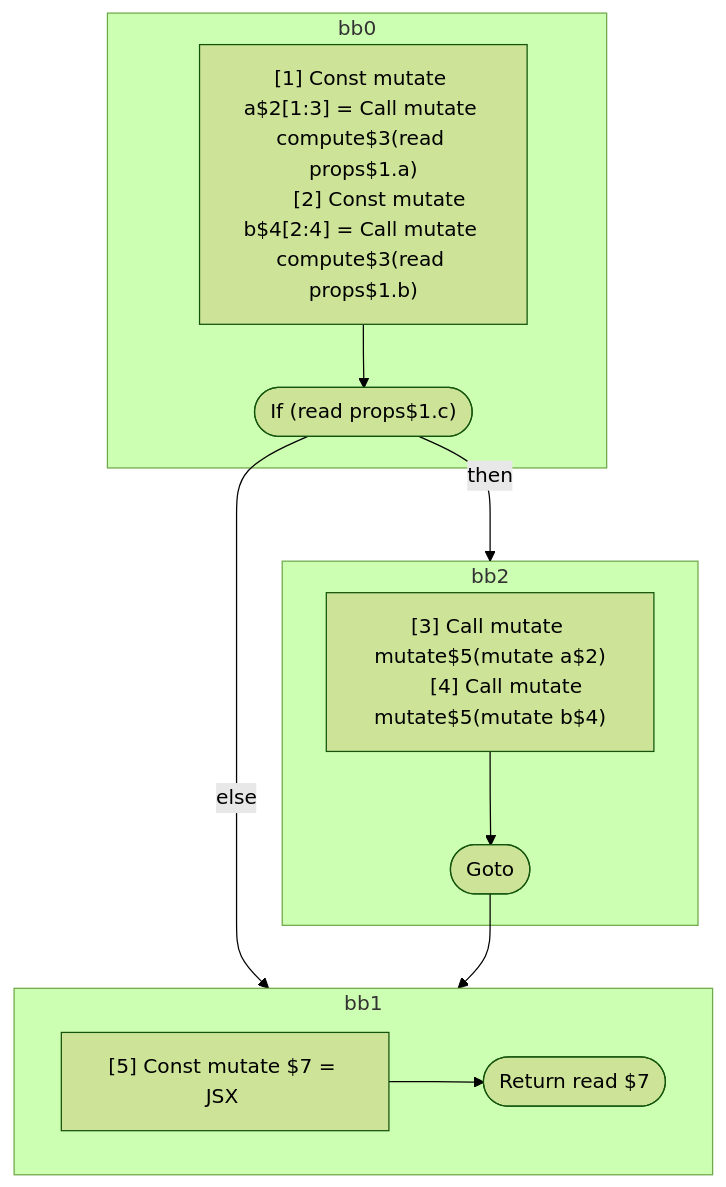
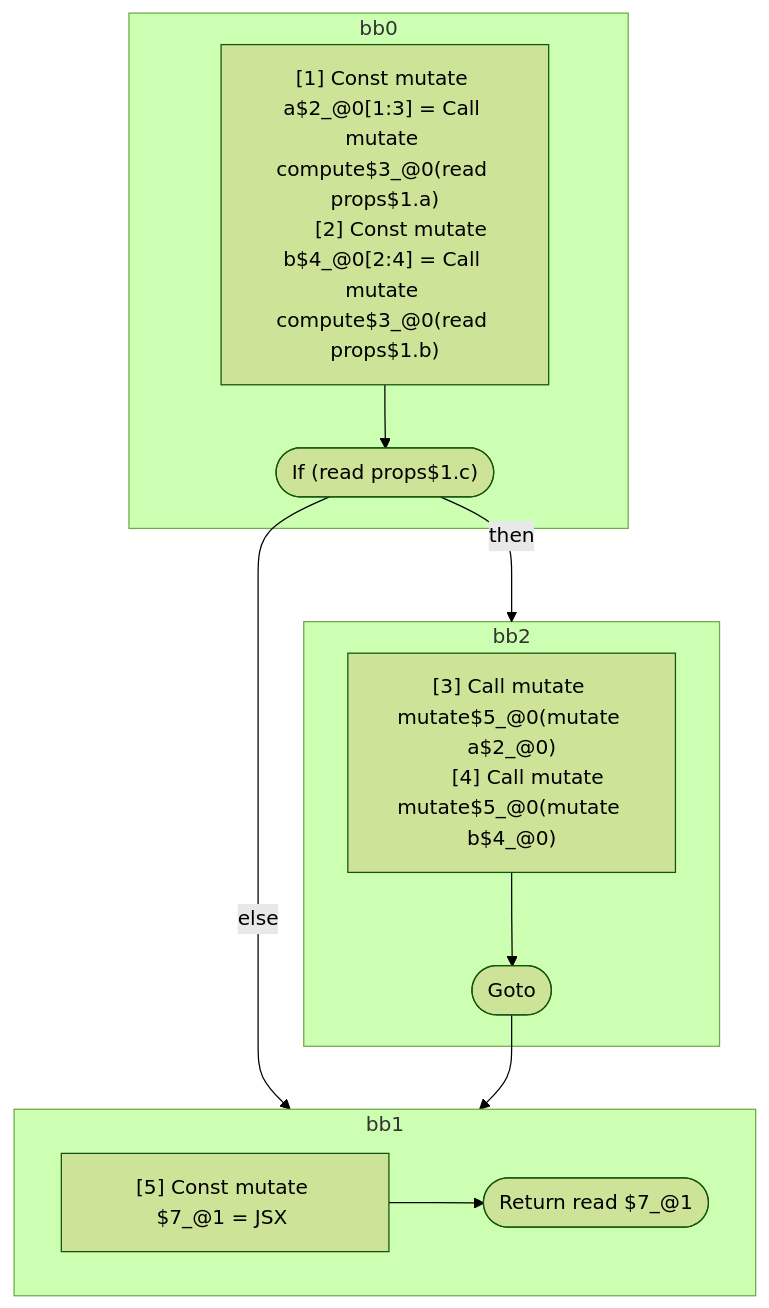
One commit to wutsmog/private changed the fifth of 5 diagrams in compiler/forget/src/__tests__/fixtures/hir/independent-across-if.expect.md. Above: the diagram before and after it, drawn with Mermaid (forest theme). The commit also changed other lines of this file and 60 other files, not shown here.

````diff
--- a/compiler/forget/src/__tests__/fixtures/hir/independent-across-if.expect.md
+++ b/compiler/forget/src/__tests__/fixtures/hir/independent-across-if.expect.md
@@ -168,30 +168,30 @@
 ```mermaid
 flowchart TB
   %% Basic Blocks
   subgraph bb0
     bb0_instrs["
-      [1] Const mutate a$2[1:3] = Call mutate compute$3(read props$1.a)
-      [2] Const mutate b$4[2:4] = Call mutate compute$3(read props$1.b)
+      [1] Const mutate a$2_@0[1:3] = Call mutate compute$3_@0(read props$1.a)
+      [2] Const mutate b$4_@0[2:4] = Call mutate compute$3_@0(read props$1.b)
     "]
     bb0_instrs --> bb0_terminal(["If (read props$1.c)"])
   end
   subgraph bb2
     bb2_instrs["
-      [3] Call mutate mutate$5(mutate a$2)
-      [4] Call mutate mutate$5(mutate b$4)
+      [3] Call mutate mutate$5_@0(mutate a$2_@0)
+      [4] Call mutate mutate$5_@0(mutate b$4_@0)
     "]
     bb2_instrs --> bb2_terminal(["Goto"])
   end
   subgraph bb1
     bb1_instrs["
-      [5] Const mutate $7 = JSX <read Foo$6 a={freeze a$2} b={freeze b$4} ></read Foo$6>
+      [5] Const mutate $7_@1 = JSX <read Foo$6 a={freeze a$2_@0} b={freeze b$4_@0} ></read Foo$6>
     "]
-    bb1_instrs --> bb1_terminal(["Return read $7"])
+    bb1_instrs --> bb1_terminal(["Return read $7_@1"])
   end
 
   %% Jumps
   bb0_terminal -- then --> bb2
   bb0_terminal -- else --> bb1
   bb2_terminal --> bb1
 
 ```
````
